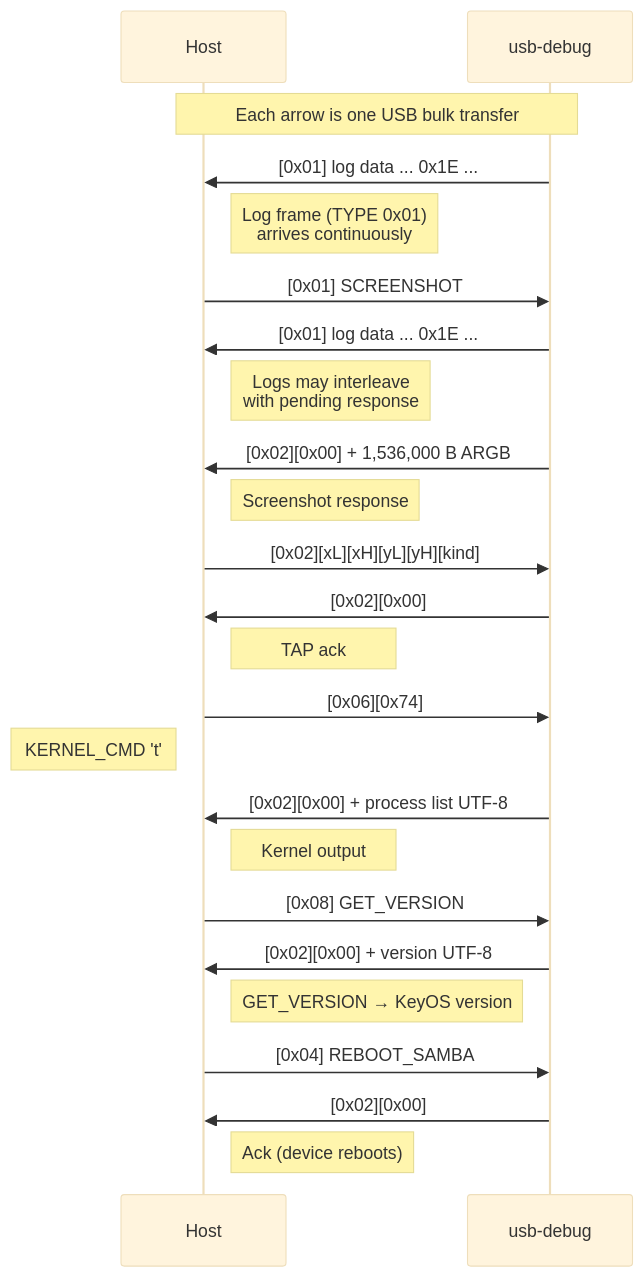
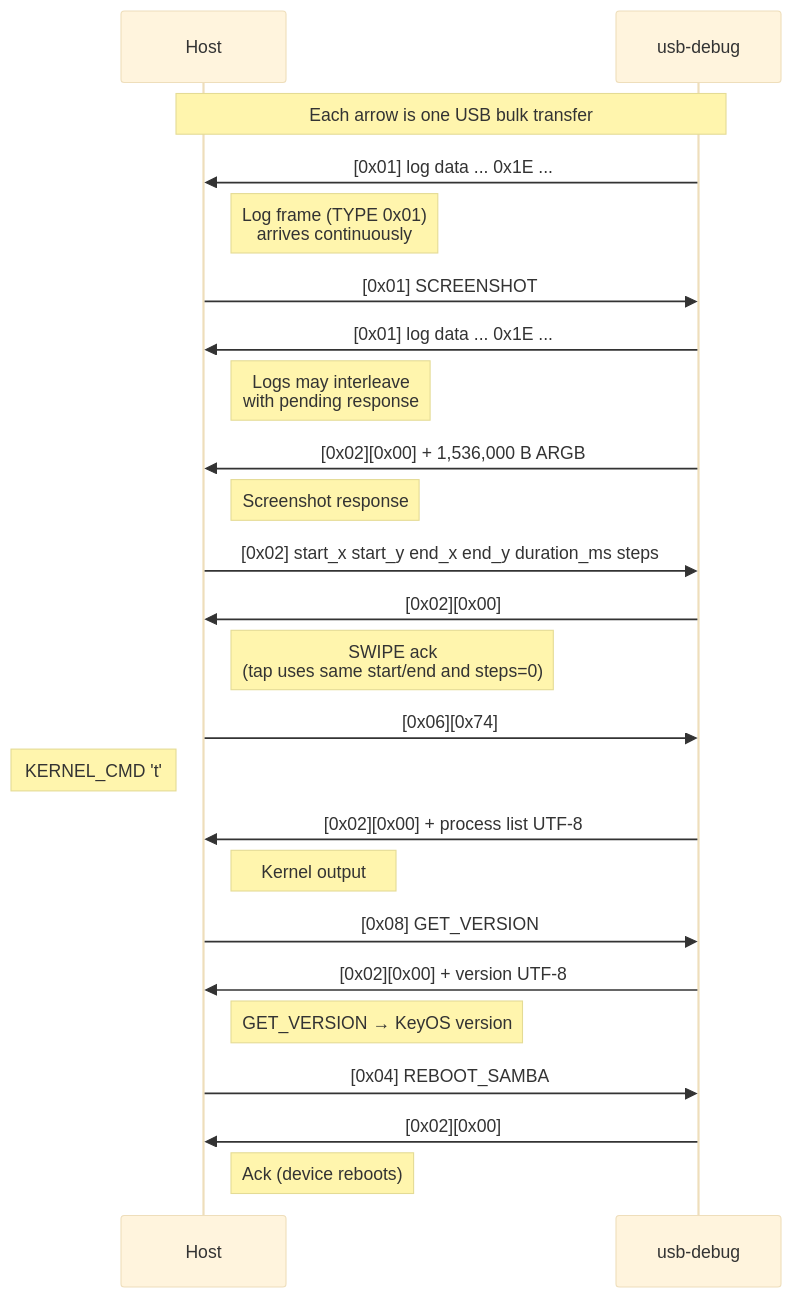
Before and after one commit to Foundation-Devices/KeyOS: the fourth of 4 diagrams in docs/usb-architecture.md, drawn with Mermaid (base theme). The commit also changed other lines of this file, not shown here.

First line of the commit message:
docs: update USB architecture and debug protocol

````diff
--- a/docs/usb-architecture.md
+++ b/docs/usb-architecture.md
@@ -247,33 +278,33 @@
 ```mermaid
 sequenceDiagram
     participant Host
     participant Device as usb-debug
 
     Note over Host,Device: Each arrow is one USB bulk transfer
 
     Device->>Host: [0x01] log data ... 0x1E ...
     Note right of Host: Log frame (TYPE 0x01)<br/>arrives continuously
 
     Host->>Device: [0x01] SCREENSHOT
     Device->>Host: [0x01] log data ... 0x1E ...
     Note right of Host: Logs may interleave<br/>with pending response
     Device->>Host: [0x02][0x00] + 1,536,000 B ARGB
     Note right of Host: Screenshot response
 
-    Host->>Device: [0x02][xL][xH][yL][yH][kind]
+    Host->>Device: [0x02] start_x start_y end_x end_y duration_ms steps
     Device->>Host: [0x02][0x00]
-    Note right of Host: TAP ack
+    Note right of Host: SWIPE ack<br/>(tap uses same start/end and steps=0)
 
     Host->>Device: [0x06][0x74]
     Note left of Host: KERNEL_CMD 't'
     Device->>Host: [0x02][0x00] + process list UTF-8
     Note right of Host: Kernel output
 
     Host->>Device: [0x08] GET_VERSION
     Device->>Host: [0x02][0x00] + version UTF-8
     Note right of Host: GET_VERSION → KeyOS version
 
     Host->>Device: [0x04] REBOOT_SAMBA
     Device->>Host: [0x02][0x00]
     Note right of Host: Ack (device reboots)
 ```
````
